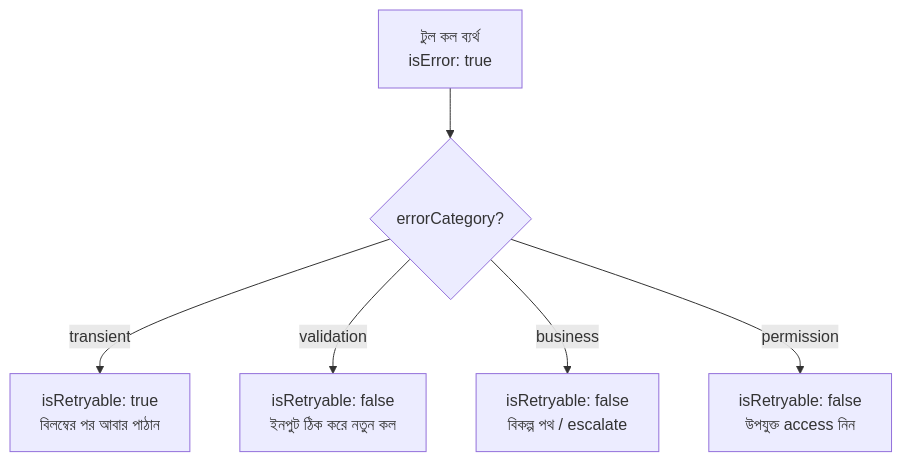
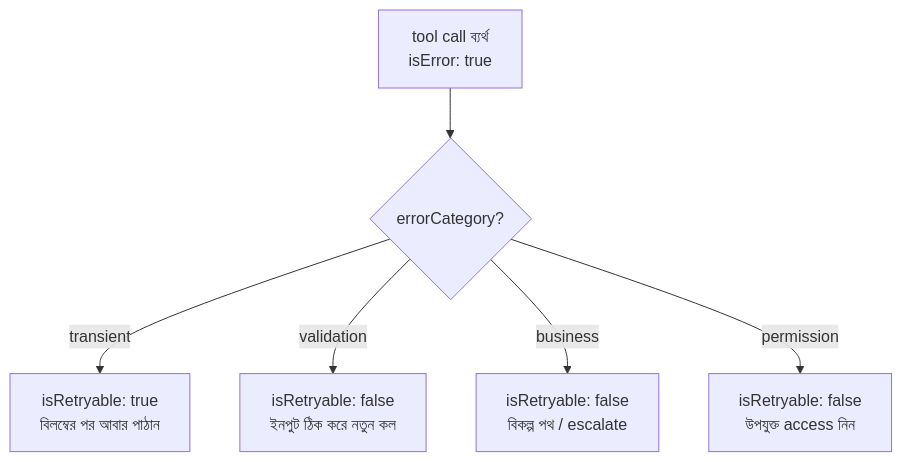
Before and after one commit to hasnat-shohag/CCAR-F: the first of 2 diagrams in src/content/docs/learn/2-tool-design-mcp/2-2-structured-error-responses.mdx, drawn with Mermaid. The commit also changed other lines of this file and 22 other files, not shown here.

````diff
--- a/src/content/docs/learn/2-tool-design-mcp/2-2-structured-error-responses.mdx
+++ b/src/content/docs/learn/2-tool-design-mcp/2-2-structured-error-responses.mdx
@@ -138,8 +138,8 @@
 ```mermaid
 flowchart TD
-  E["টুল কল ব্যর্থ<br/>isError: true"] --> C{"errorCategory?"}
+  E["tool call ব্যর্থ<br/>isError: true"] --> C{"errorCategory?"}
   C -->|transient| T["isRetryable: true<br/> বিলম্বের পর আবার পাঠান"]
   C -->|validation| V["isRetryable: false<br/>ইনপুট ঠিক করে নতুন কল"]
   C -->|business| B["isRetryable: false<br/>বিকল্প পথ / escalate"]
   C -->|permission| P["isRetryable: false<br/>উপযুক্ত access নিন"]
 ```
````
